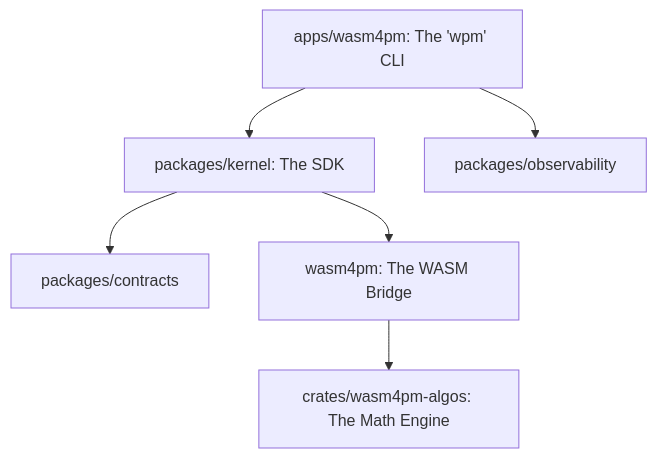
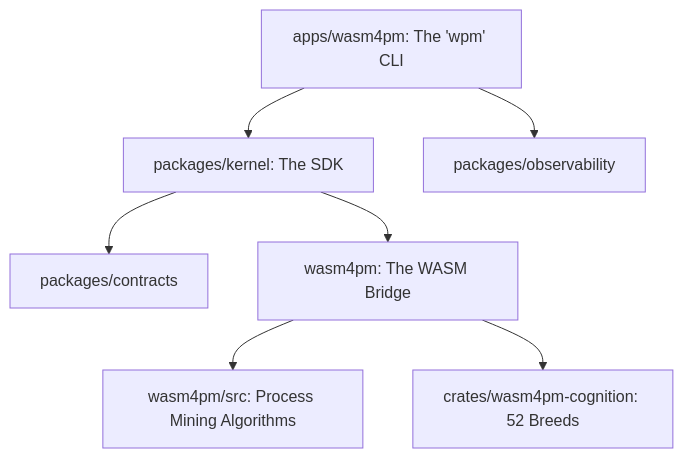
One commit to seanchatmangpt/wasm4pm changed the diagram in docs/orientation/00-repo-inventory.md. Above: the diagram before and after it, drawn with Mermaid. The commit also changed other lines of this file and 29 other files, not shown here.

````diff
--- a/docs/orientation/00-repo-inventory.md
+++ b/docs/orientation/00-repo-inventory.md
@@ -28,15 +28,17 @@
 ```mermaid
 graph TD
   CLI[apps/wasm4pm: The 'wpm' CLI]
   Kernel[packages/kernel: The SDK]
   Obs[packages/observability]
   Contracts[packages/contracts]
   WASM[wasm4pm: The WASM Bridge]
-  Algos[crates/wasm4pm-algos: The Math Engine]
+  Algos[wasm4pm/src: Process Mining Algorithms]
+  Cognition[crates/wasm4pm-cognition: 52 Breeds]
 
   CLI --> Kernel
   CLI --> Obs
   Kernel --> Contracts
   Kernel --> WASM
   WASM --> Algos
+  WASM --> Cognition
 ```
````
